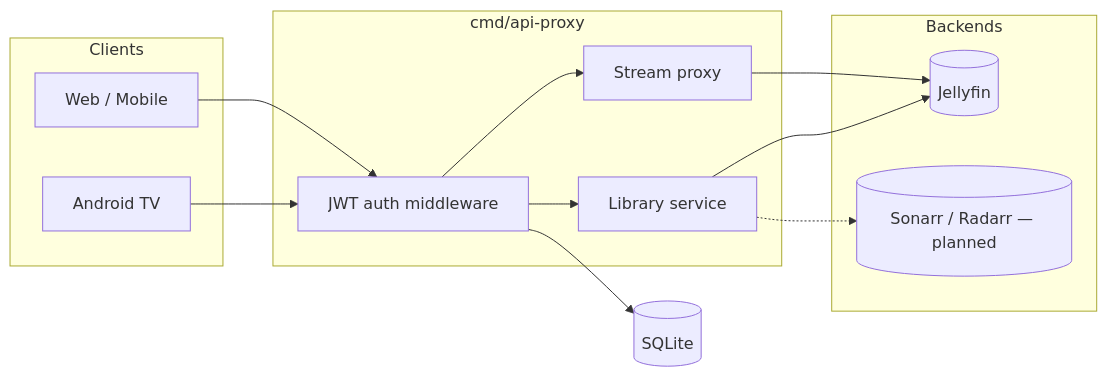
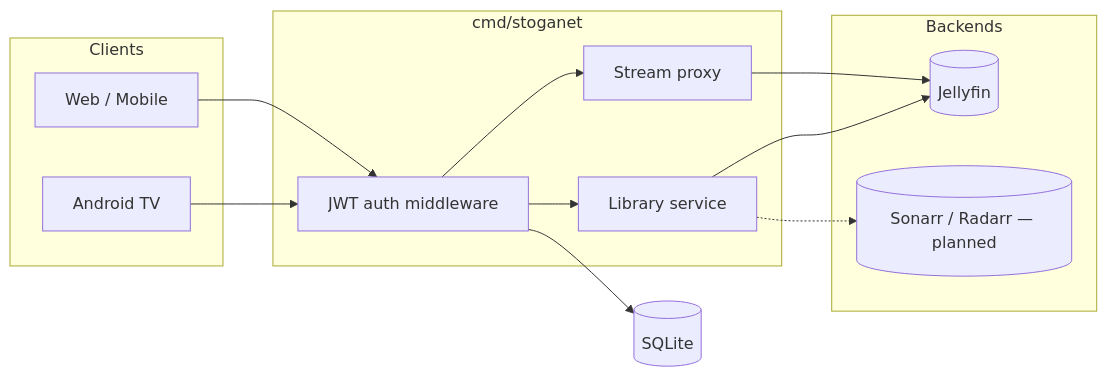
The first of 3 diagrams in README.md (Stoganet/api-proxy), drawn with Mermaid before and after one commit. The commit also changed other lines of this file and 44 other files, not shown here.

First line of the commit message:
refactor!: rename api-proxy to stoganet

````diff
--- a/README.md
+++ b/README.md
@@ -11,29 +11,29 @@
 ```mermaid
 flowchart LR
   subgraph Clients
     TV[Android TV]
     Web[Web / Mobile]
   end
 
-  subgraph proxy["cmd/api-proxy"]
+  subgraph proxy["cmd/stoganet"]
     Auth[JWT auth middleware]
     Library[Library service]
     Stream[Stream proxy]
   end
 
   subgraph Backends
     JF[(Jellyfin)]
     Arr[(Sonarr / Radarr — planned)]
   end
 
   DB[(SQLite)]
 
   TV --> Auth
   Web --> Auth
   Auth --> Library
   Auth --> Stream
   Library --> JF
   Stream --> JF
   Library -.-> Arr
   Auth --> DB
 ```
````
